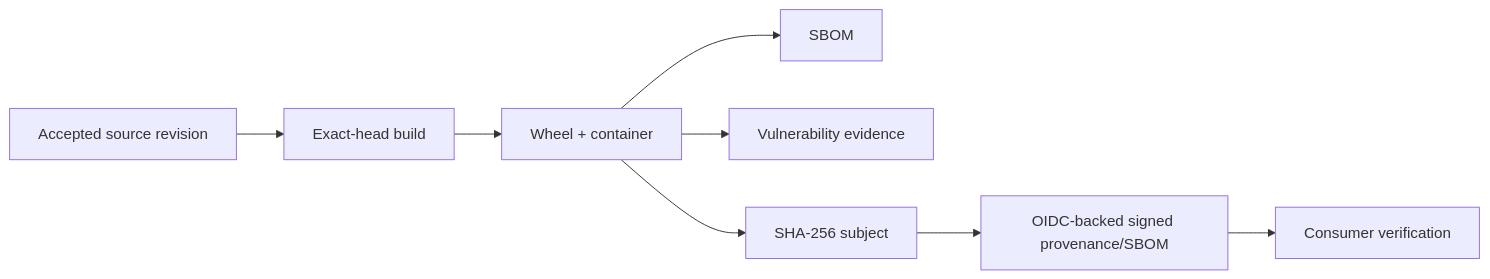
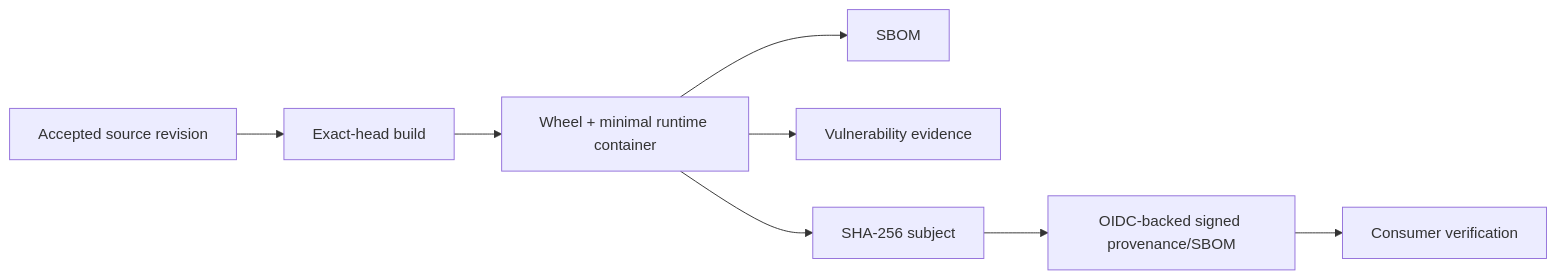
The diagram in docs/security/SECURITY_OVERVIEW.md (GJvManen/dtmo), drawn with Mermaid before and after one commit. The commit also changed other lines of this file, not shown here.

````diff
--- a/docs/security/SECURITY_OVERVIEW.md
+++ b/docs/security/SECURITY_OVERVIEW.md
@@ -39,10 +44,10 @@
 ```mermaid
 flowchart LR
     S[Accepted source revision] --> B[Exact-head build]
-    B --> A[Wheel + container]
+    B --> A[Wheel + minimal runtime container]
     A --> SB[SBOM]
     A --> V[Vulnerability evidence]
     A --> H[SHA-256 subject]
     H --> P[OIDC-backed signed provenance/SBOM]
     P --> C[Consumer verification]
 ```
````
